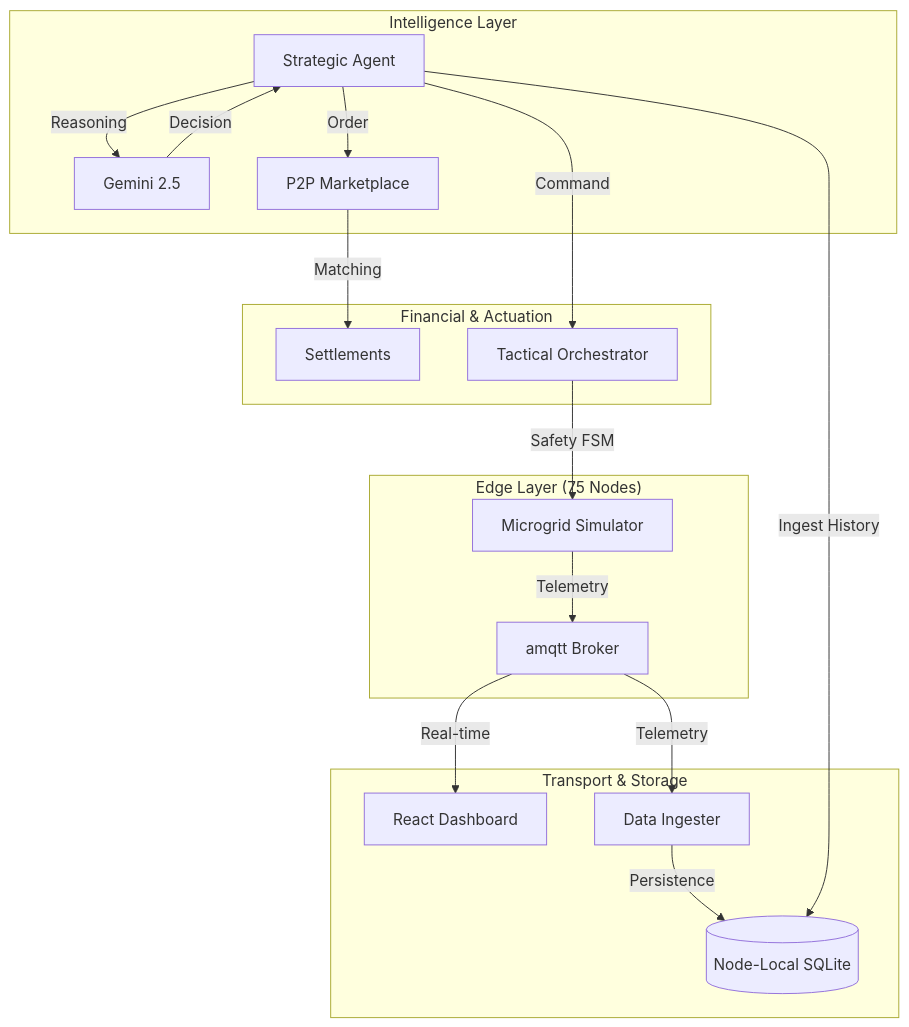
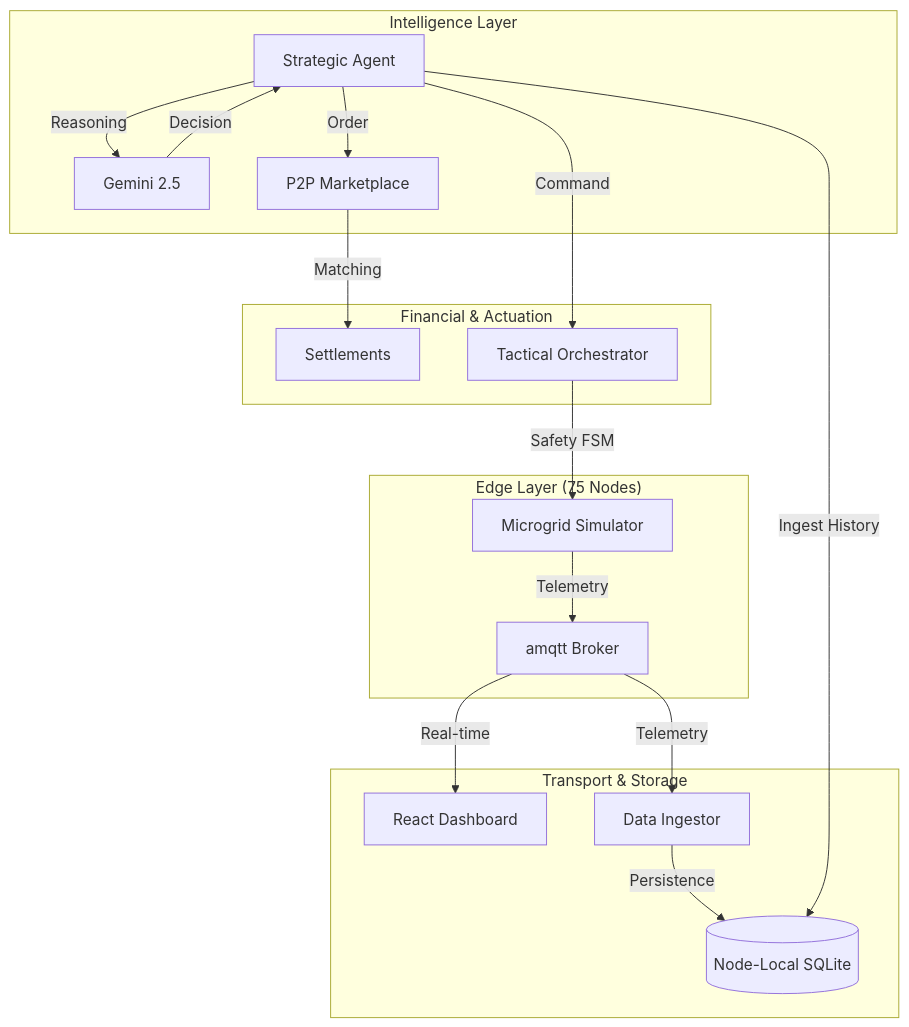
One commit to rohitraj1106/Intelligent-Microgrid changed the diagram in README.md. Above: the diagram before and after it, drawn with Mermaid. The commit also changed other lines of this file, not shown here.

````diff
--- a/README.md
+++ b/README.md
@@ -21,25 +21,25 @@
 ```mermaid
 graph TD
     subgraph "Edge Layer (75 Nodes)"
         Sim[Microgrid Simulator] -- Telemetry --> MQTT
     end
 
     subgraph "Transport & Storage"
         MQTT[amqtt Broker] -- Real-time --> HUD[React Dashboard]
-        MQTT -- Telemetry --> Ingester[Data Ingester]
+        MQTT -- Telemetry --> Ingester[Data Ingestor]
         Ingester -- Persistence --> DB[(Node-Local SQLite)]
     end
 
     subgraph "Intelligence Layer"
         Agent[Strategic Agent] -- Ingest History --> DB
         Agent -- Reasoning --> LLM[Gemini 2.5]
         LLM -- Decision --> Agent
         Agent -- Order --> Market[P2P Marketplace]
     end
 
     subgraph "Financial & Actuation"
         Market -- Matching --> Trades[Settlements]
         Agent -- Command --> Orch[Tactical Orchestrator]
         Orch -- Safety FSM --> Sim
     end
 ```
````
